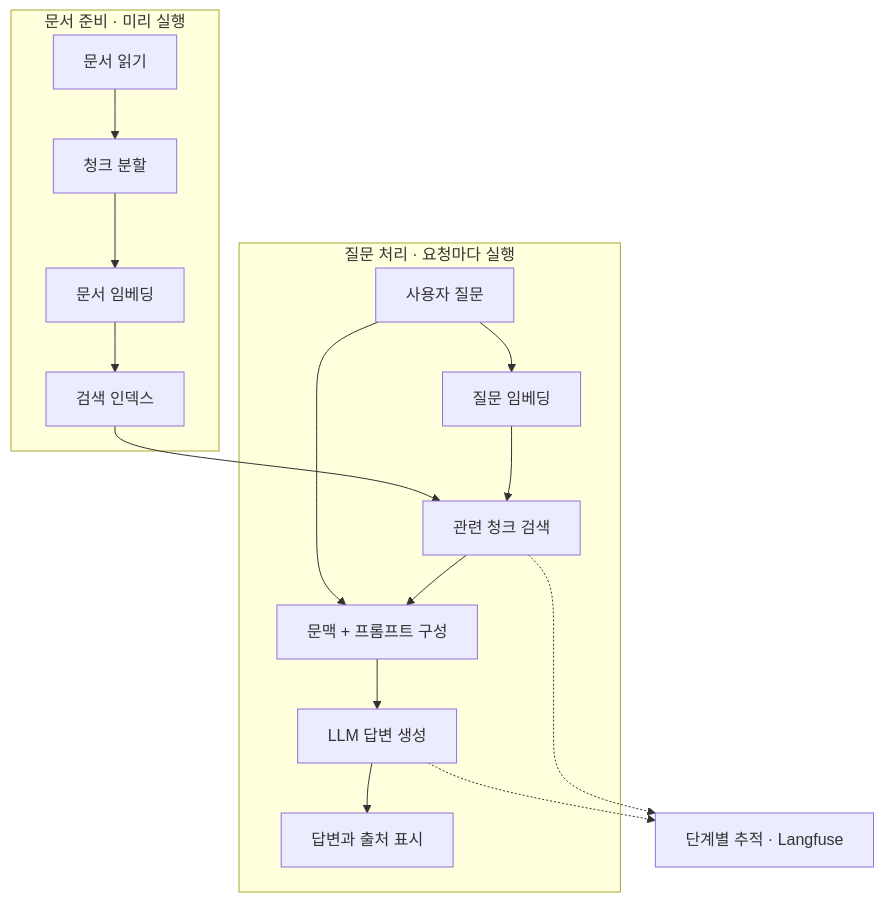
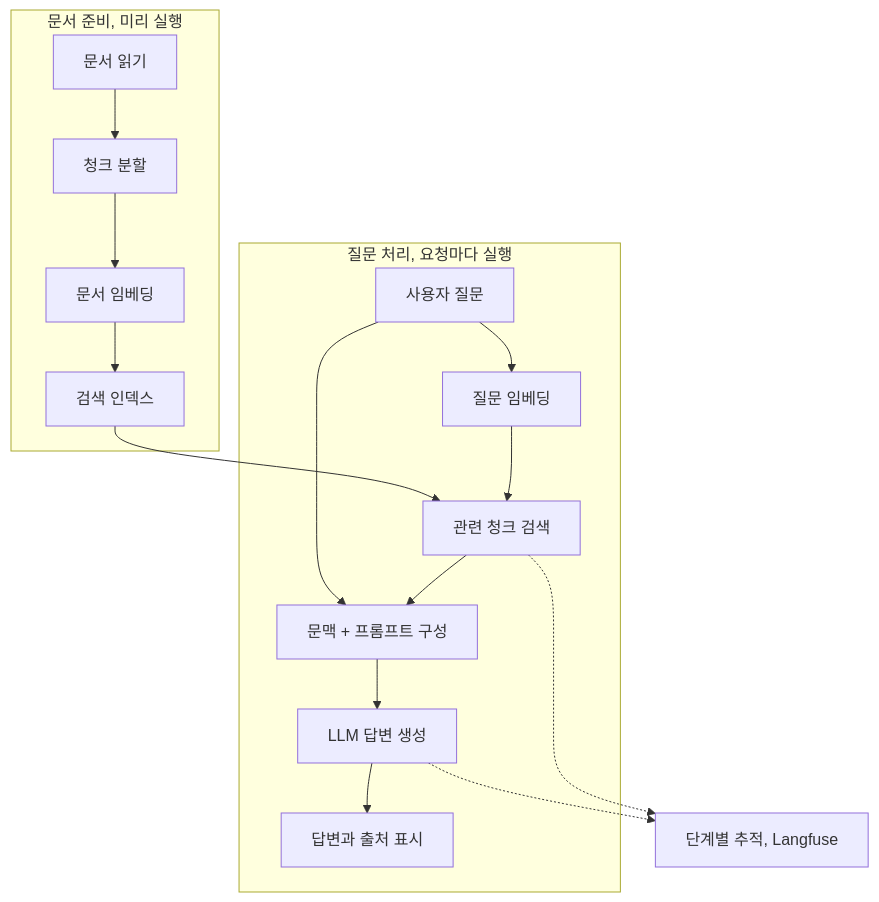
The diagram in content/docs/tech/machine-learning-platform-engineering/12-llm-powered-systems.md (johklo/johklo.github.io), drawn with Mermaid before and after one commit. The commit also changed other lines of this file and 14 other files, not shown here.

````diff
--- a/content/docs/tech/machine-learning-platform-engineering/12-llm-powered-systems.md
+++ b/content/docs/tech/machine-learning-platform-engineering/12-llm-powered-systems.md
@@ -37,21 +35,21 @@
 ```mermaid
 flowchart TD
     accTitle: 문서 준비와 온라인 질의로 나눈 RAG
     accDescr: 문서를 청크로 나누고 임베딩해 검색 인덱스를 준비합니다. 질문은 같은 임베딩 공간에서 관련 청크를 찾고, 문맥과 프롬프트를 구성한 뒤 생성 모델이 답변과 출처를 반환합니다.
-    subgraph PREP["문서 준비 · 미리 실행"]
+    subgraph PREP["문서 준비, 미리 실행"]
         A["문서 읽기"] --> B["청크 분할"]
         B --> C["문서 임베딩"]
         C --> I["검색 인덱스"]
     end
-    subgraph QUERY["질문 처리 · 요청마다 실행"]
+    subgraph QUERY["질문 처리, 요청마다 실행"]
         Q["사용자 질문"] --> E["질문 임베딩"]
         E --> R["관련 청크 검색"]
         R --> P["문맥 + 프롬프트 구성"]
         P --> G["LLM 답변 생성"]
         G --> U["답변과 출처 표시"]
     end
     I --> R
     Q --> P
-    R -.-> O["단계별 추적 · Langfuse"]
+    R -.-> O["단계별 추적, Langfuse"]
     G -.-> O
 ```
````
